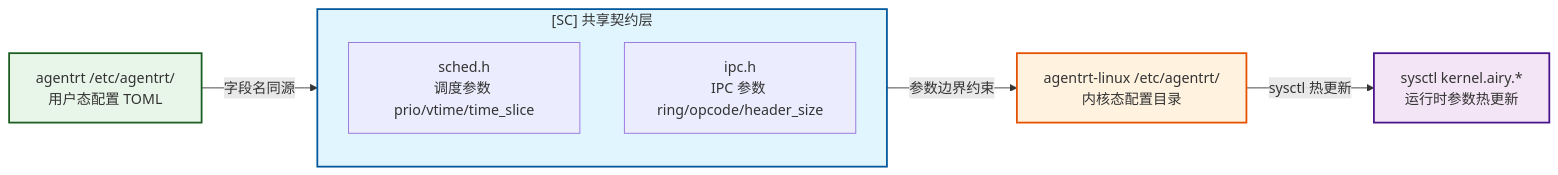
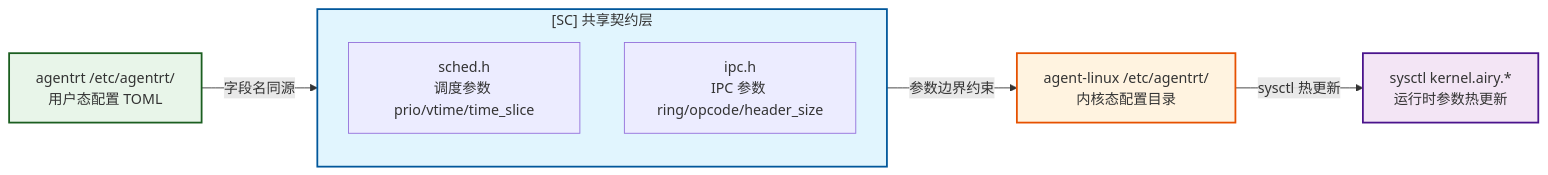
The fifth of 5 diagrams in 100-operations/02-configuration.md (openairymax/docs-linux), drawn with Mermaid before and after one commit. The commit also changed other lines of this file and 172 other files, not shown here.

Commit message:
docs: rename agentrt-linux to agent-linux across docs v0.1.3 双工程结构：agentrt-linux 改名 agent-linux。docs 全仓 186 个 文件中的 agentrt-linux 引用统一为 agent-linux（AirymaxOS 工程名/ URL/路径引用；commit hash 与历史不变）。

````diff
--- a/100-operations/02-configuration.md
+++ b/100-operations/02-configuration.md
@@ -598,14 +598,14 @@
 ```mermaid
 graph LR
     A["agentrt /etc/agentrt/<br/>用户态配置 TOML"] -->|"字段名同源"| SC
     subgraph SC ["[SC] 共享契约层"]
         S1["sched.h<br/>调度参数 prio/vtime/time_slice"]
         S2["ipc.h<br/>IPC 参数 ring/opcode/header_size"]
     end
-    SC -->|"参数边界约束"| D["agentrt-linux /etc/agentrt/<br/>内核态配置目录"]
+    SC -->|"参数边界约束"| D["agent-linux /etc/agentrt/<br/>内核态配置目录"]
     D -->|"sysctl 热更新"| E["sysctl kernel.airy.*<br/>运行时参数热更新"]
     style SC fill:#e1f5fe,stroke:#01579b,stroke-width:2px
     style A fill:#e8f5e9,stroke:#1b5e20,stroke-width:2px
     style D fill:#fff3e0,stroke:#e65100,stroke-width:2px
     style E fill:#f3e5f5,stroke:#4a148c,stroke-width:2px
 ```
````
